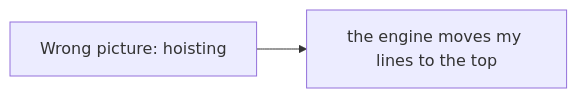
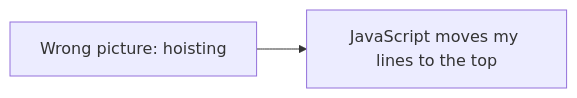
One commit to starjustice/research-material changed the fourth of 6 diagrams in learn/javascript/01-variables-scope-and-hoisting.md. Above: the diagram before and after it, drawn with Mermaid. The commit also changed other lines of this file and 10 other files, not shown here.

First line of the commit message:
Rewrite JavaScript lessons 01, 05, 09 and 11 in simpler words

````diff
--- a/learn/javascript/01-variables-scope-and-hoisting.md
+++ b/learn/javascript/01-variables-scope-and-hoisting.md
@@ -84,4 +86,4 @@
 ```mermaid
 graph LR
-    A["Wrong picture: hoisting"] --> B["the engine moves my lines to the top"]
+    A["Wrong picture: hoisting"] --> B["JavaScript moves my lines to the top"]
 ```
````
